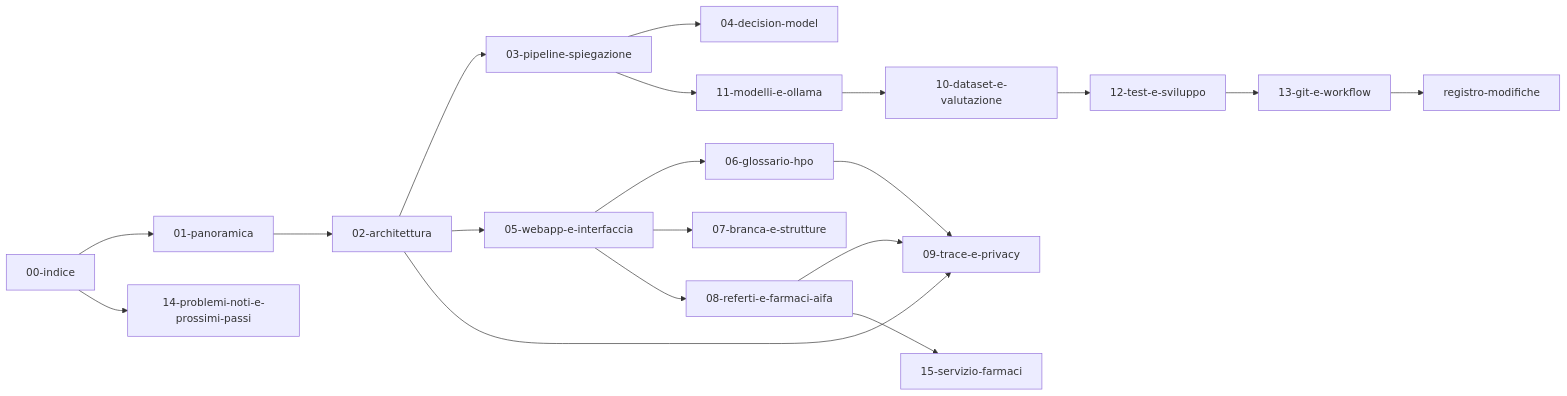
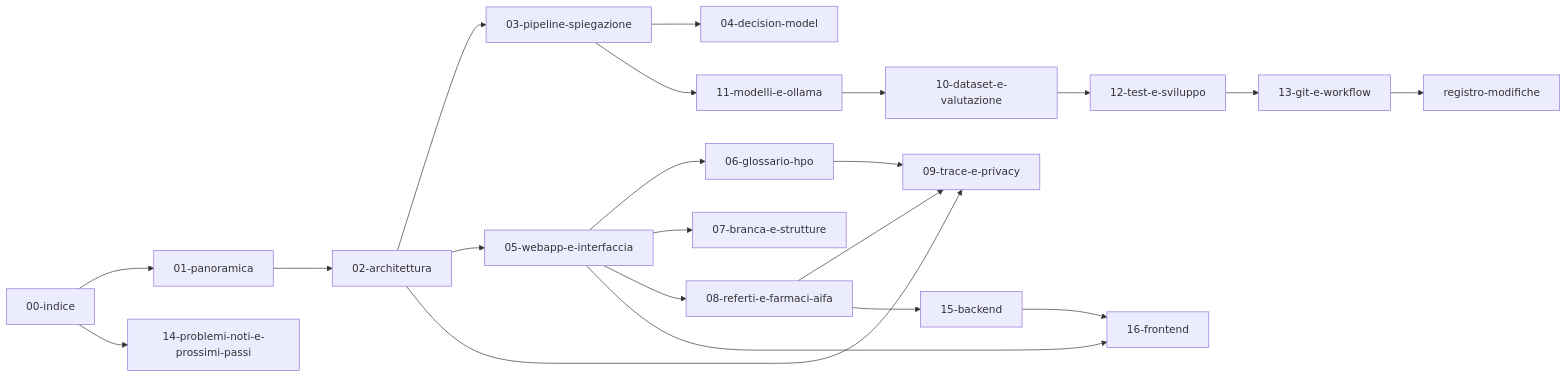
One commit to Andreaioele/Referto changed the diagram in docs/00-indice.md. Above: the diagram before and after it, drawn with Mermaid. The commit also changed other lines of this file and 122 other files, not shown here.

First line of the commit message:
Riorganizza il repository: backend, frontend e resources

````diff
--- a/docs/00-indice.md
+++ b/docs/00-indice.md
@@ -34,21 +47,23 @@
 ```mermaid
 graph LR
   indice[00-indice] --> panoramica[01-panoramica]
   panoramica --> architettura[02-architettura]
   architettura --> pipeline[03-pipeline-spiegazione]
   pipeline --> decision[04-decision-model]
   architettura --> webapp[05-webapp-e-interfaccia]
   webapp --> glossario[06-glossario-hpo]
   webapp --> strutture[07-branca-e-strutture]
   webapp --> farmaci[08-referti-e-farmaci-aifa]
   farmaci --> trace[09-trace-e-privacy]
-  farmaci --> servizio[15-servizio-farmaci]
+  farmaci --> backend[15-backend]
+  backend --> frontend[16-frontend]
+  webapp --> frontend
   glossario --> trace
   architettura --> trace
   pipeline --> modelli[11-modelli-e-ollama]
   modelli --> dataset[10-dataset-e-valutazione]
   dataset --> test[12-test-e-sviluppo]
   test --> git[13-git-e-workflow]
   git --> registro[registro-modifiche]
   indice --> problemi[14-problemi-noti-e-prossimi-passi]
 ```
````
